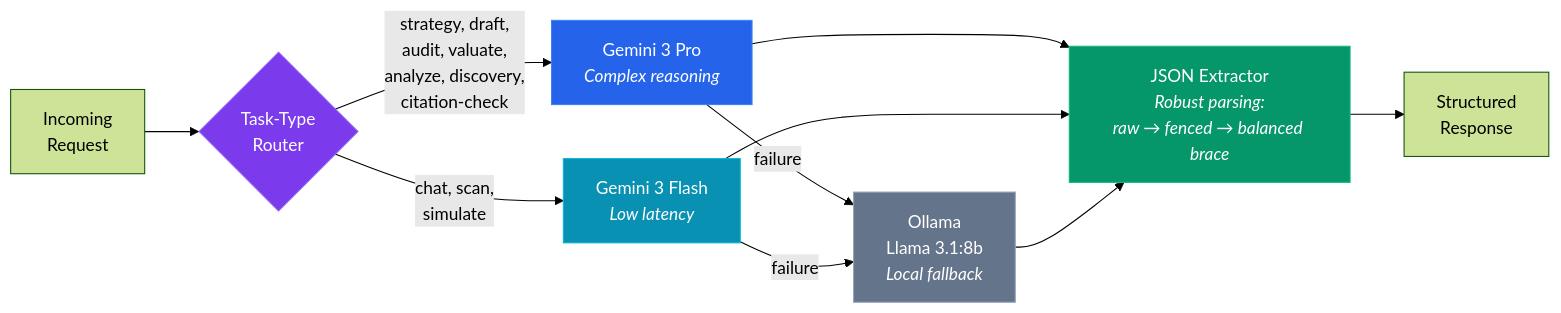
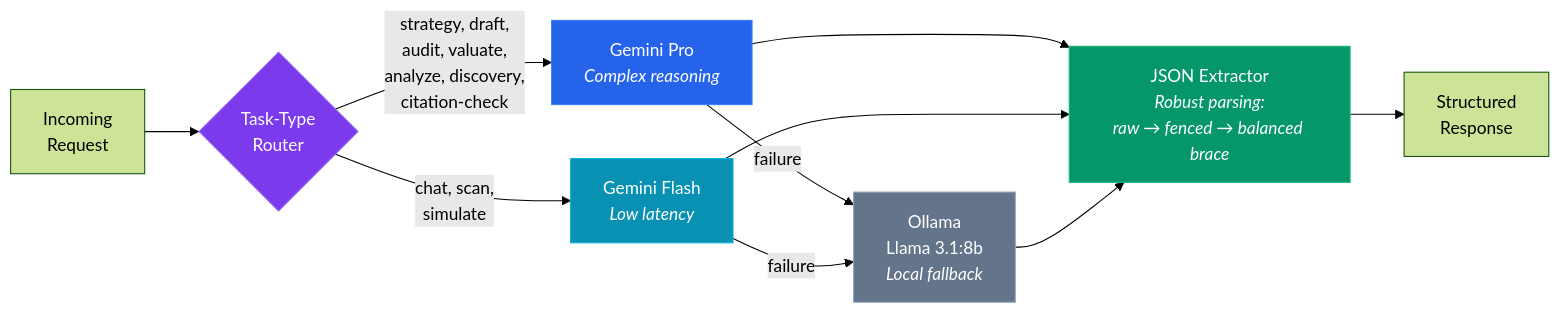
The second of 11 diagrams in ARCHITECTURE.md (EolaFam1828/AetherLegalIntelligence), drawn with Mermaid (forest theme) before and after one commit. The commit also changed other lines of this file and 15 other files, not shown here.

````diff
--- a/ARCHITECTURE.md
+++ b/ARCHITECTURE.md
@@ -60,23 +68,23 @@
 ```mermaid
 flowchart LR
     REQ["Incoming<br/>Request"] --> ROUTER{"Task-Type<br/>Router"}
 
-    ROUTER -->|strategy, draft,<br/>audit, valuate,<br/>analyze, discovery,<br/>citation-check| PRO["Gemini 3 Pro<br/><i>Complex reasoning</i>"]
+    ROUTER -->|strategy, draft,<br/>audit, valuate,<br/>analyze, discovery,<br/>citation-check| PRO["Gemini Pro<br/><i>Complex reasoning</i>"]
 
-    ROUTER -->|chat, scan,<br/>simulate| FLASH["Gemini 3 Flash<br/><i>Low latency</i>"]
+    ROUTER -->|chat, scan,<br/>simulate| FLASH["Gemini Flash<br/><i>Low latency</i>"]
 
     PRO -->|failure| FALLBACK["Ollama<br/>Llama 3.1:8b<br/><i>Local fallback</i>"]
     FLASH -->|failure| FALLBACK
 
     PRO --> EXTRACT["JSON Extractor<br/><i>Robust parsing:<br/>raw → fenced → balanced brace</i>"]
     FLASH --> EXTRACT
     FALLBACK --> EXTRACT
 
     EXTRACT --> RESPONSE["Structured<br/>Response"]
 
     style ROUTER fill:#7c3aed,stroke:#8b5cf6,color:#fff
     style PRO fill:#2563eb,stroke:#3b82f6,color:#fff
     style FLASH fill:#0891b2,stroke:#06b6d4,color:#fff
     style FALLBACK fill:#64748b,stroke:#94a3b8,color:#fff
     style EXTRACT fill:#059669,stroke:#10b981,color:#fff
 ```
````
